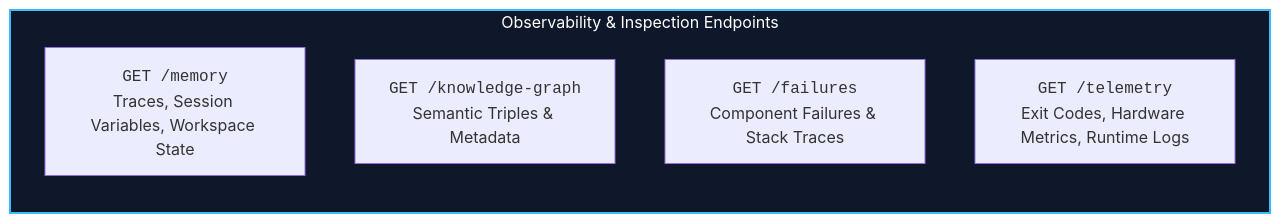
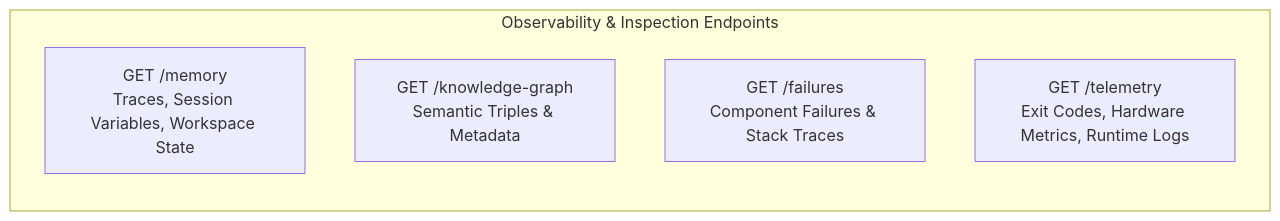
Before and after one commit to jacobjerryarackal/harness-engineering: diagram 15 of 16 in README.md, drawn with Mermaid. The commit also changed other lines of this file, not shown here.

Commit message:
docs: clean up Mermaid diagrams by removing styling and replace HLD diagram with static image link

````diff
--- a/README.md
+++ b/README.md
@@ -918,11 +713,9 @@
 ```mermaid
 flowchart LR
     subgraph ObservabilitySurfaces["Observability & Inspection Endpoints"]
-        E1["<code>GET /memory</code><br/>Traces, Session Variables, Workspace State"]
-        E2["<code>GET /knowledge-graph</code><br/>Semantic Triples & Metadata"]
-        E3["<code>GET /failures</code><br/>Component Failures & Stack Traces"]
-        E4["<code>GET /telemetry</code><br/>Exit Codes, Hardware Metrics, Runtime Logs"]
+        E1["GET /memory<br/>Traces, Session Variables, Workspace State"]
+        E2["GET /knowledge-graph<br/>Semantic Triples & Metadata"]
+        E3["GET /failures<br/>Component Failures & Stack Traces"]
+        E4["GET /telemetry<br/>Exit Codes, Hardware Metrics, Runtime Logs"]
     end
-
-    style ObservabilitySurfaces fill:#0f172a,stroke:#38bdf8,stroke-width:2px,color:#fff
 ```
````
